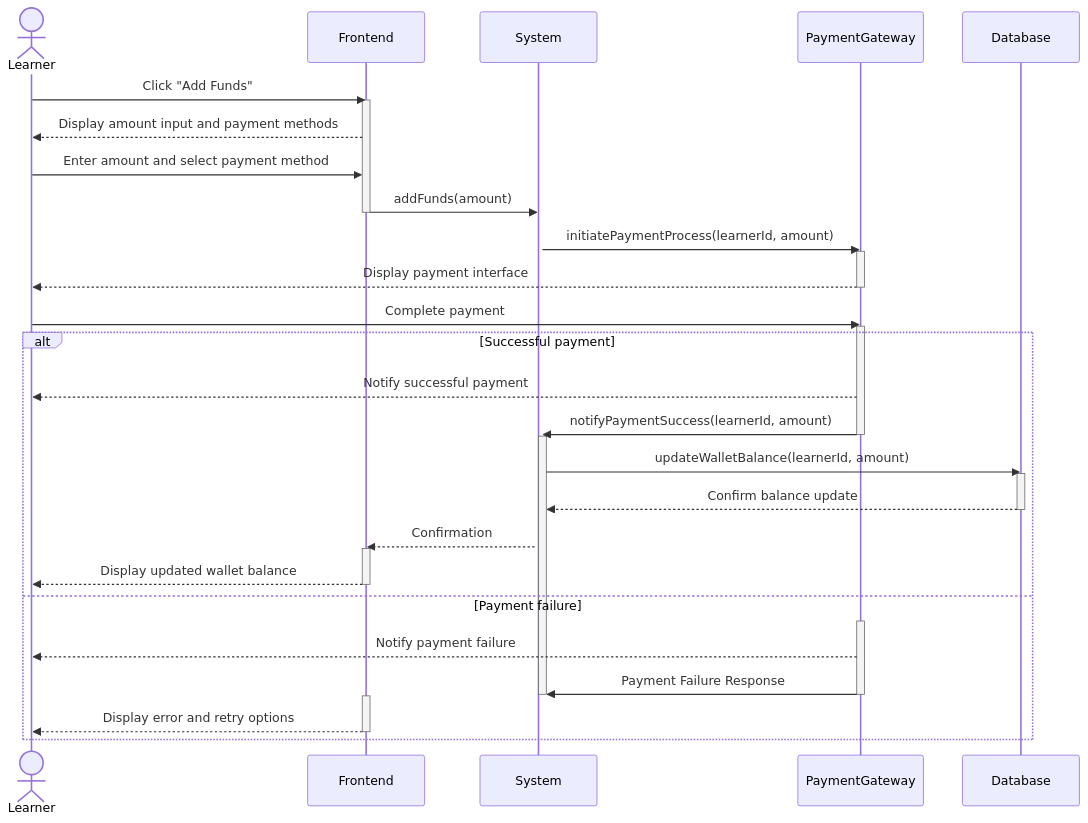
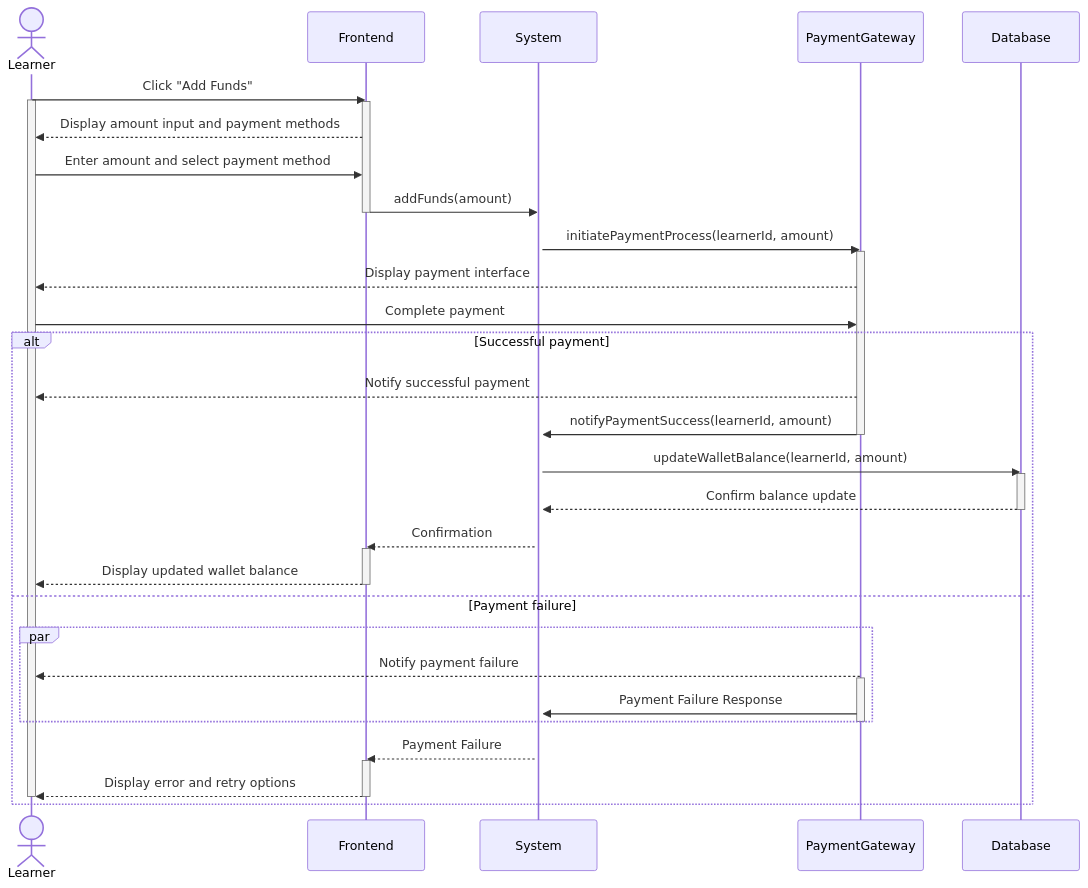
Before and after one commit to Shaar03/Diagrams: the diagram in addFundsToWallet.mermaid, drawn with Mermaid.

Commit message:
parallel

```diff
--- a/addFundsToWallet.mermaid
+++ b/addFundsToWallet.mermaid
@@ -1,48 +1,49 @@
 sequenceDiagram
     actor Learner
     participant Frontend
     participant System
     participant PaymentGateway
     participant Database
 
     Learner->>Frontend: Click "Add Funds"
+    activate Learner
     activate Frontend
     Frontend-->>Learner: Display amount input and payment methods
     Learner->>Frontend: Enter amount and select payment method
     Frontend->>System: addFunds(amount)
+    activate System
     deactivate Frontend
     
-    activate System
     System->>PaymentGateway: initiatePaymentProcess(learnerId, amount)
     activate PaymentGateway
     PaymentGateway-->>Learner: Display payment interface
-    deactivate PaymentGateway
 
     Learner->>PaymentGateway: Complete payment
-    activate PaymentGateway
     alt Successful payment
         PaymentGateway-->>Learner: Notify successful payment
         PaymentGateway->>System: notifyPaymentSuccess(learnerId, amount)
         deactivate PaymentGateway
         
-        activate System
         System->>Database: updateWalletBalance(learnerId, amount)
         activate Database
         Database-->>System: Confirm balance update
         deactivate Database
         
         System-->>Frontend: Confirmation
         activate Frontend
         Frontend-->>Learner: Display updated wallet balance
         deactivate Frontend
     else Payment failure
-        activate PaymentGateway
-        PaymentGateway-->>Learner: Notify payment failure
-        PaymentGateway->>System: Payment Failure Response
+        par
+            PaymentGateway-->>Learner: Notify payment failure
+            activate PaymentGateway
+            PaymentGateway->>System: Payment Failure Response
+        end
         deactivate PaymentGateway
         
-        deactivate System
+        System-->>Frontend: Payment Failure 
         activate Frontend
         Frontend-->>Learner: Display error and retry options
+        deactivate Learner
         deactivate Frontend
     end
```
